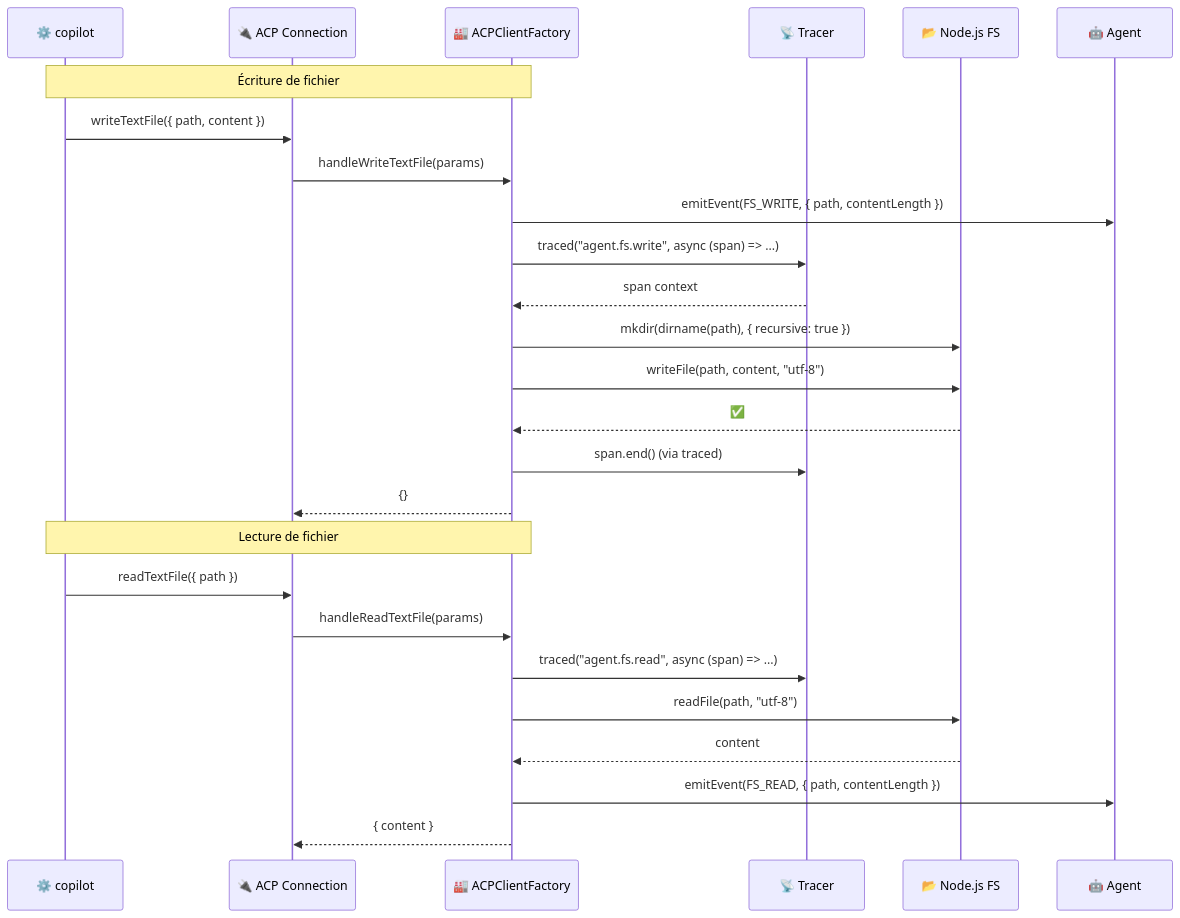
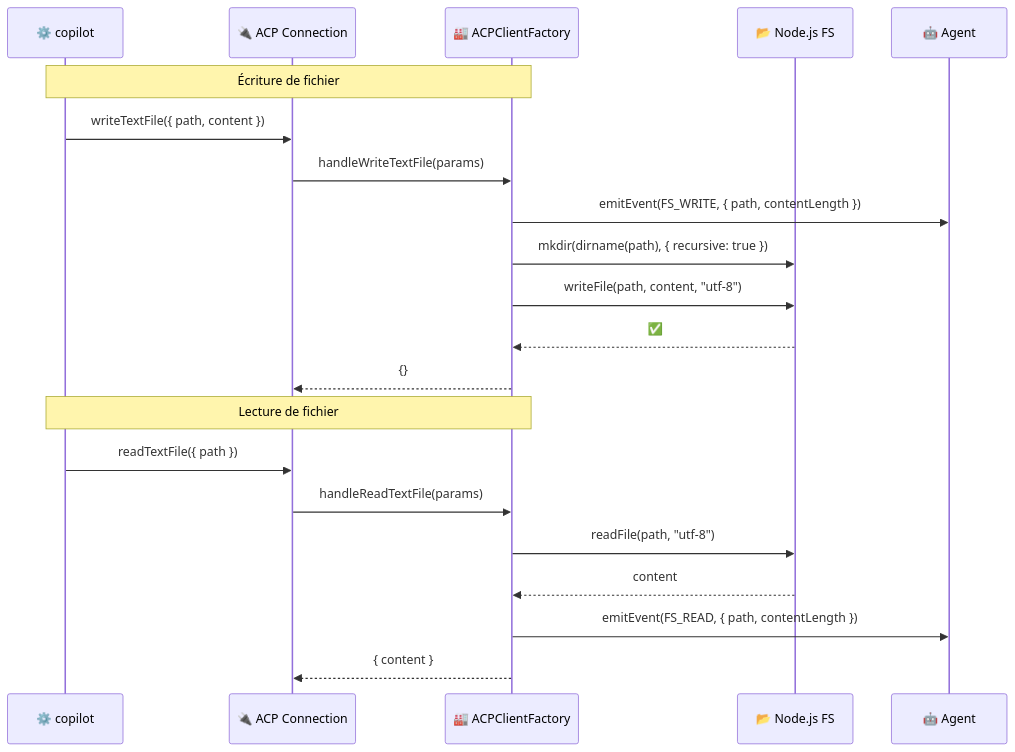
The fourth of 9 diagrams in docs/architecture/sequences.md (atinseau/stark), drawn with Mermaid before and after one commit. The commit also changed other lines of this file and 13 other files, not shown here.

````diff
--- a/docs/architecture/sequences.md
+++ b/docs/architecture/sequences.md
@@ -279,38 +246,31 @@
 ```mermaid
 sequenceDiagram
     participant PROC as ⚙️ copilot
     participant CONN as 🔌 ACP Connection
     participant ACF as 🏭 ACPClientFactory
-    participant T as 📡 Tracer
     participant FS as 📂 Node.js FS
     participant A as 🤖 Agent
 
     Note over PROC,ACF: Écriture de fichier
 
     PROC->>CONN: writeTextFile({ path, content })
     CONN->>ACF: handleWriteTextFile(params)
     ACF->>A: emitEvent(FS_WRITE, { path, contentLength })
 
-    ACF->>T: traced("agent.fs.write", async (span) => ...)
-    T-->>ACF: span context
-
     ACF->>FS: mkdir(dirname(path), { recursive: true })
     ACF->>FS: writeFile(path, content, "utf-8")
     FS-->>ACF: ✅
 
-    ACF->>T: span.end() (via traced)
     ACF-->>CONN: {}
 
     Note over PROC,ACF: Lecture de fichier
 
     PROC->>CONN: readTextFile({ path })
     CONN->>ACF: handleReadTextFile(params)
 
-    ACF->>T: traced("agent.fs.read", async (span) => ...)
-
     ACF->>FS: readFile(path, "utf-8")
     FS-->>ACF: content
 
     ACF->>A: emitEvent(FS_READ, { path, contentLength })
     ACF-->>CONN: { content }
 ```
````
